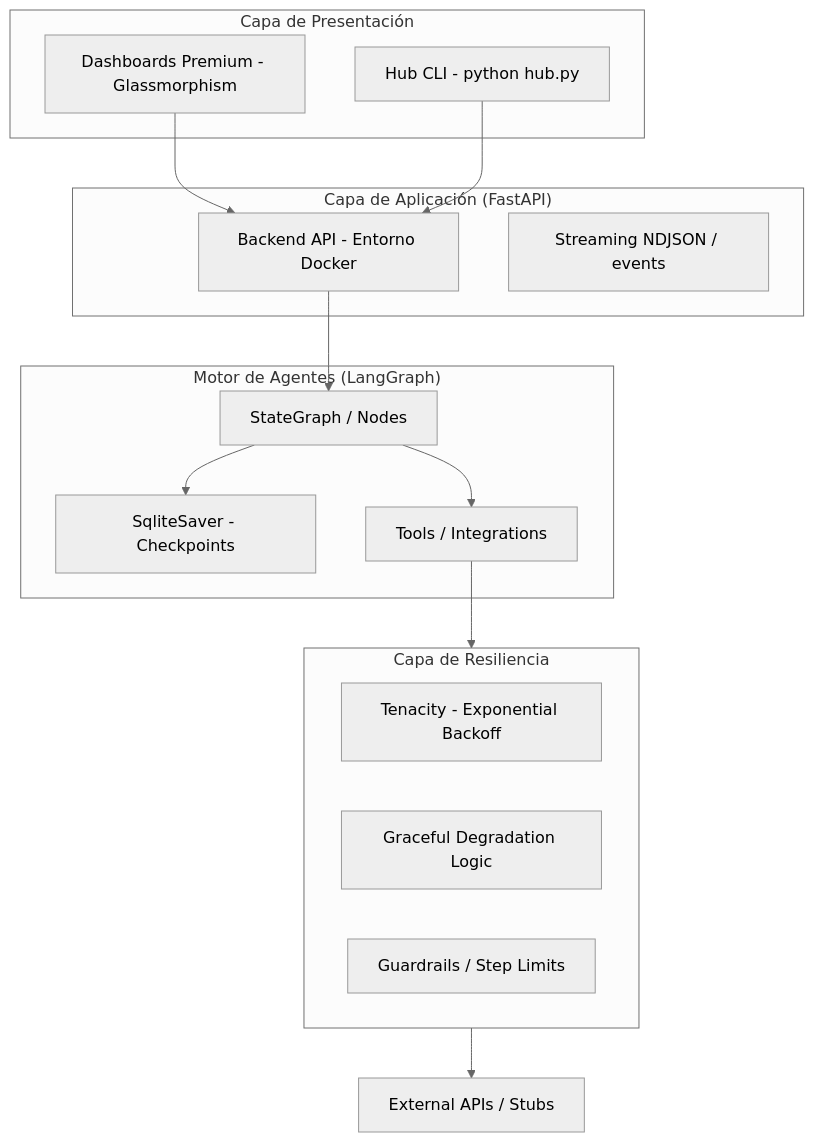
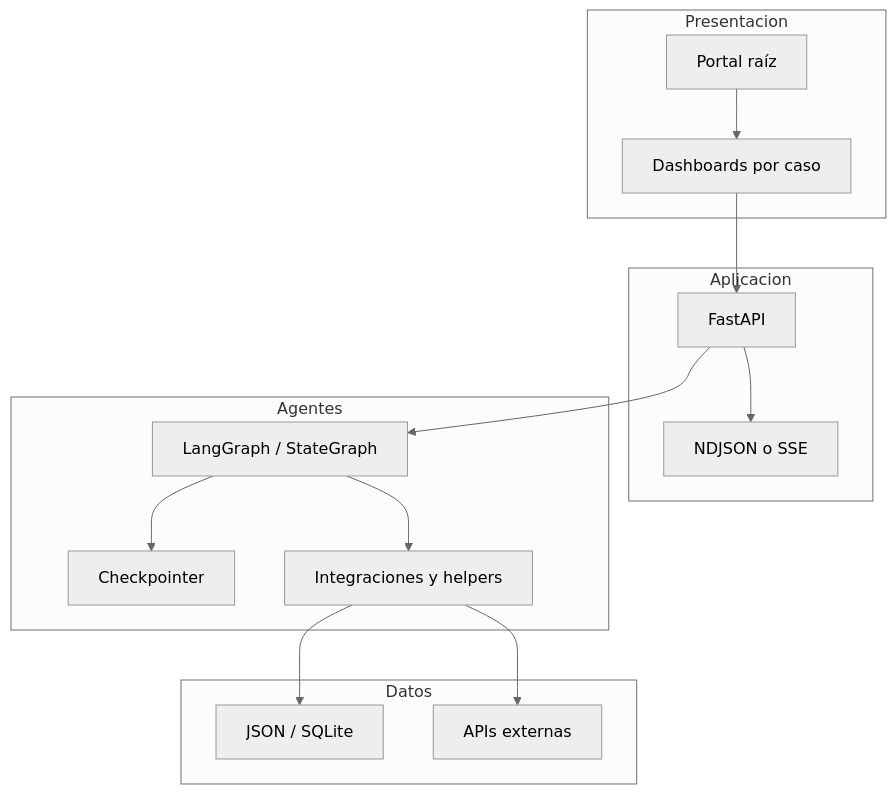
Before and after one commit to vladimiracunadev-create/langgraph-realworld: the diagram in docs/wiki/Arquitectura.md, drawn with Mermaid (neutral theme). The commit also changed other lines of this file and 54 other files, not shown here.

````diff
--- a/docs/wiki/Arquitectura.md
+++ b/docs/wiki/Arquitectura.md
@@ -14,32 +24,32 @@
 ```mermaid
 graph TD
-  subgraph "Capa de Presentación"
-    UI[Dashboards Premium - Glassmorphism]
-    CLI[Hub CLI - python hub.py]
+  subgraph Presentacion
+    Portal[Portal raíz]
+    Dash[Dashboards por caso]
   end
 
-  subgraph "Capa de Aplicación (FastAPI)"
-    API[Backend API - Entorno Docker]
-    Stream[Streaming NDJSON / events]
+  subgraph Aplicacion
+    API[FastAPI]
+    Stream[NDJSON o SSE]
   end
 
-  subgraph "Motor de Agentes (LangGraph)"
-    LG[StateGraph / Nodes]
-    Check[SqliteSaver - Checkpoints]
-    Tools[Tools / Integrations]
+  subgraph Agentes
+    Graph[LangGraph / StateGraph]
+    Check[Checkpointer]
+    Tools[Integraciones y helpers]
   end
 
-  subgraph Resilience ["Capa de Resiliencia"]
-    Ten[Tenacity - Exponential Backoff]
-    Deg[Graceful Degradation Logic]
-    Guard[Guardrails / Step Limits]
+  subgraph Datos
+    Files[JSON / SQLite]
+    External[APIs externas]
   end
 
-  UI --> API
-  CLI --> API
-  API --> LG
-  LG --> Check
-  LG --> Tools
-  Tools --> Resilience
-  Resilience --> Integrations[External APIs / Stubs]
+  Portal --> Dash
+  Dash --> API
+  API --> Stream
+  API --> Graph
+  Graph --> Check
+  Graph --> Tools
+  Tools --> Files
+  Tools --> External
 ```
````
